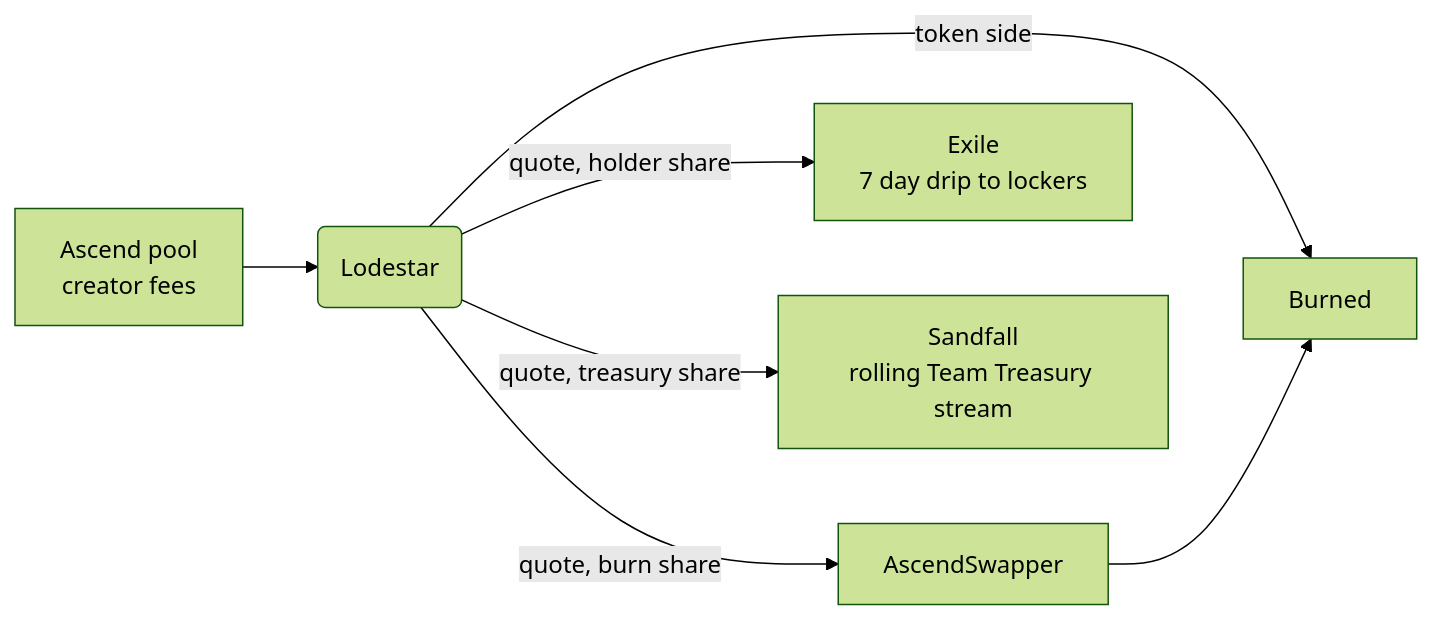
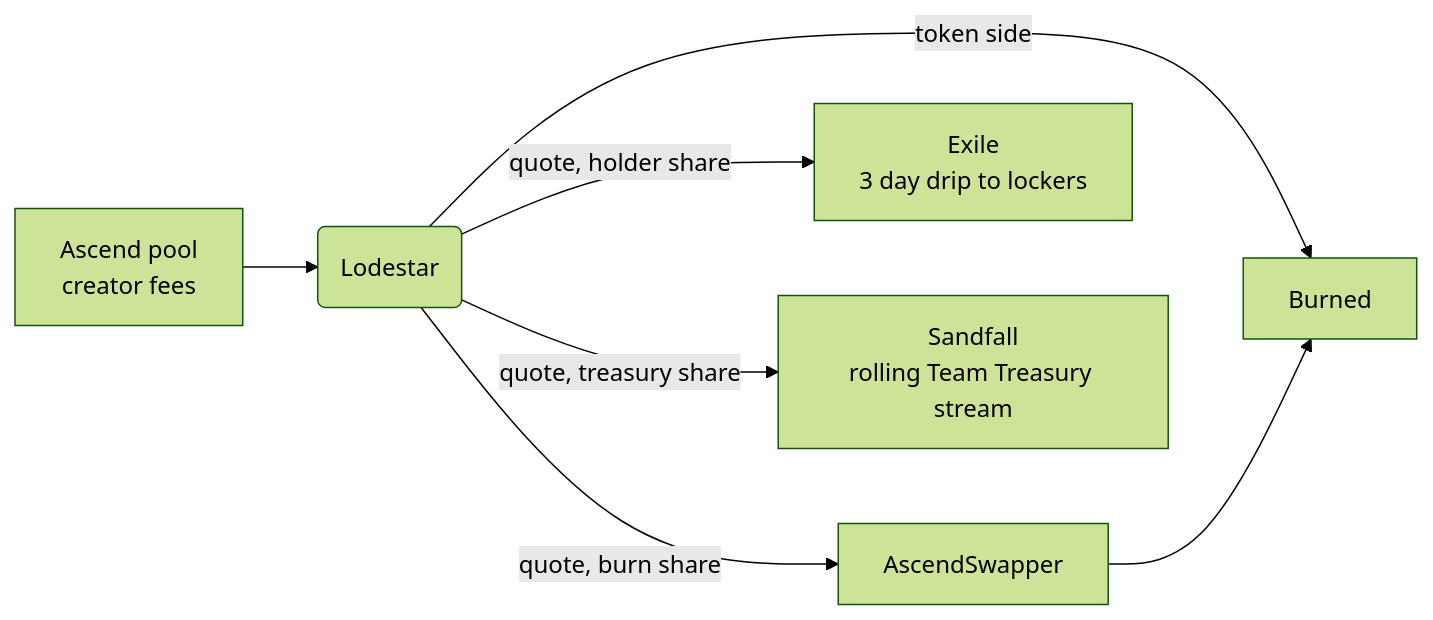
One commit to monarchy-fi/monarchy changed the diagram in README.md. Above: the diagram before and after it, drawn with Mermaid (forest theme). The commit also changed other lines of this file and 1 other file, not shown here.

````diff
--- a/README.md
+++ b/README.md
@@ -32,8 +32,8 @@
 ```mermaid
 flowchart LR
     A[Ascend pool<br/>creator fees] --> L(Lodestar)
     L -->|token side| B[Burned]
     L -->|quote, burn share| S[AscendSwapper] --> B
-    L -->|quote, holder share| E[Exile<br/>7 day drip to lockers]
+    L -->|quote, holder share| E[Exile<br/>3 day drip to lockers]
     L -->|quote, treasury share| T[Sandfall<br/>rolling Team Treasury stream]
 ```
````
